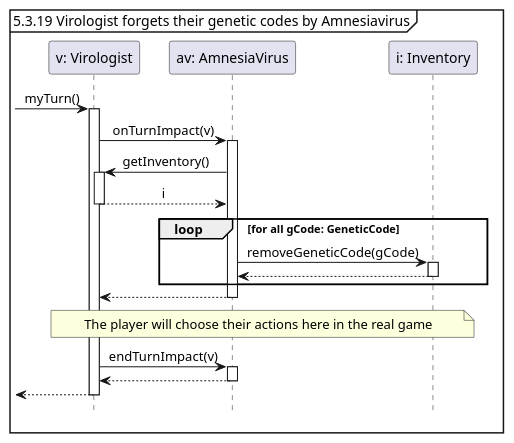
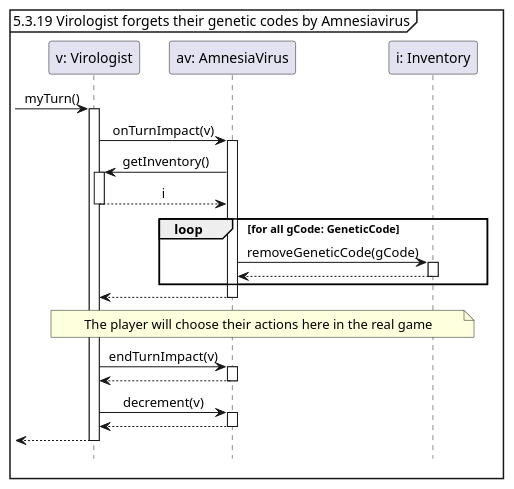
One commit to Tschonti/503-service-unavailable changed the diagram in docs/testCases/sequences/amnesiaVirusOnTurnImpact.puml. Above: the diagram before and after it, drawn with PlantUML. The commit also changed 5 other files, not shown here.

```diff
--- a/docs/testCases/sequences/amnesiaVirusOnTurnImpact.puml
+++ b/docs/testCases/sequences/amnesiaVirusOnTurnImpact.puml
@@ -1,26 +1,28 @@
 @startuml
 'https://plantuml.com/sequence-diagram
 hide footbox
 skinparam sequenceMessageAlign center
 
 mainframe 5.3.19 Virologist forgets their genetic codes by Amnesiavirus
 
 participant "v: Virologist" as v
 participant "av: AmnesiaVirus" as av
 participant "i: Inventory" as i
 
 -> v ++: myTurn()
     v -> av ++ : onTurnImpact(v)
         av -> v ++:getInventory()
         return i
         loop for all gCode: GeneticCode
             av -> i ++ :removeGeneticCode(gCode)
             return
         end
     return
     note across : The player will choose their actions here in the real game
+
     v -> av ++ : endTurnImpact(v)
     return
-
+    v -> av ++ : decrement(v)
+    return
 return
 @enduml
```
